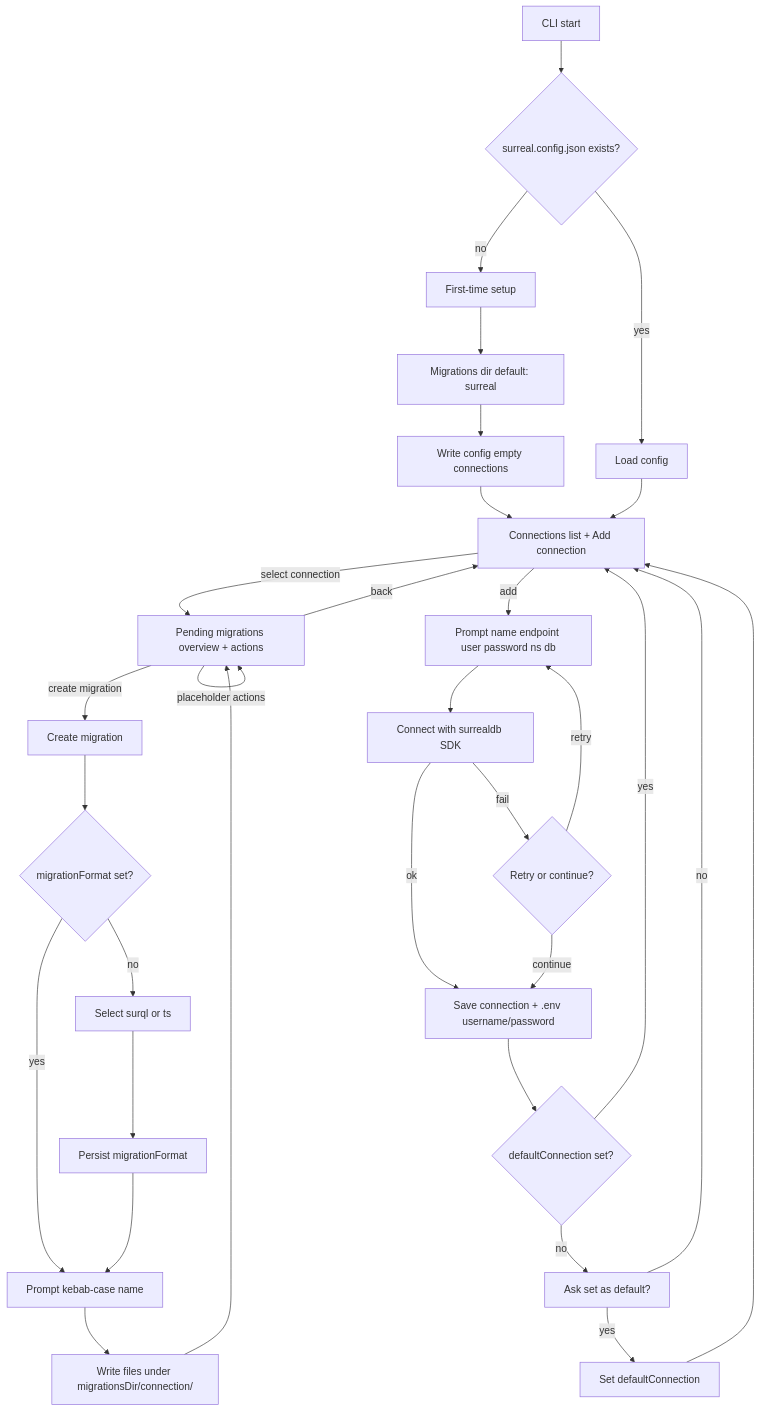
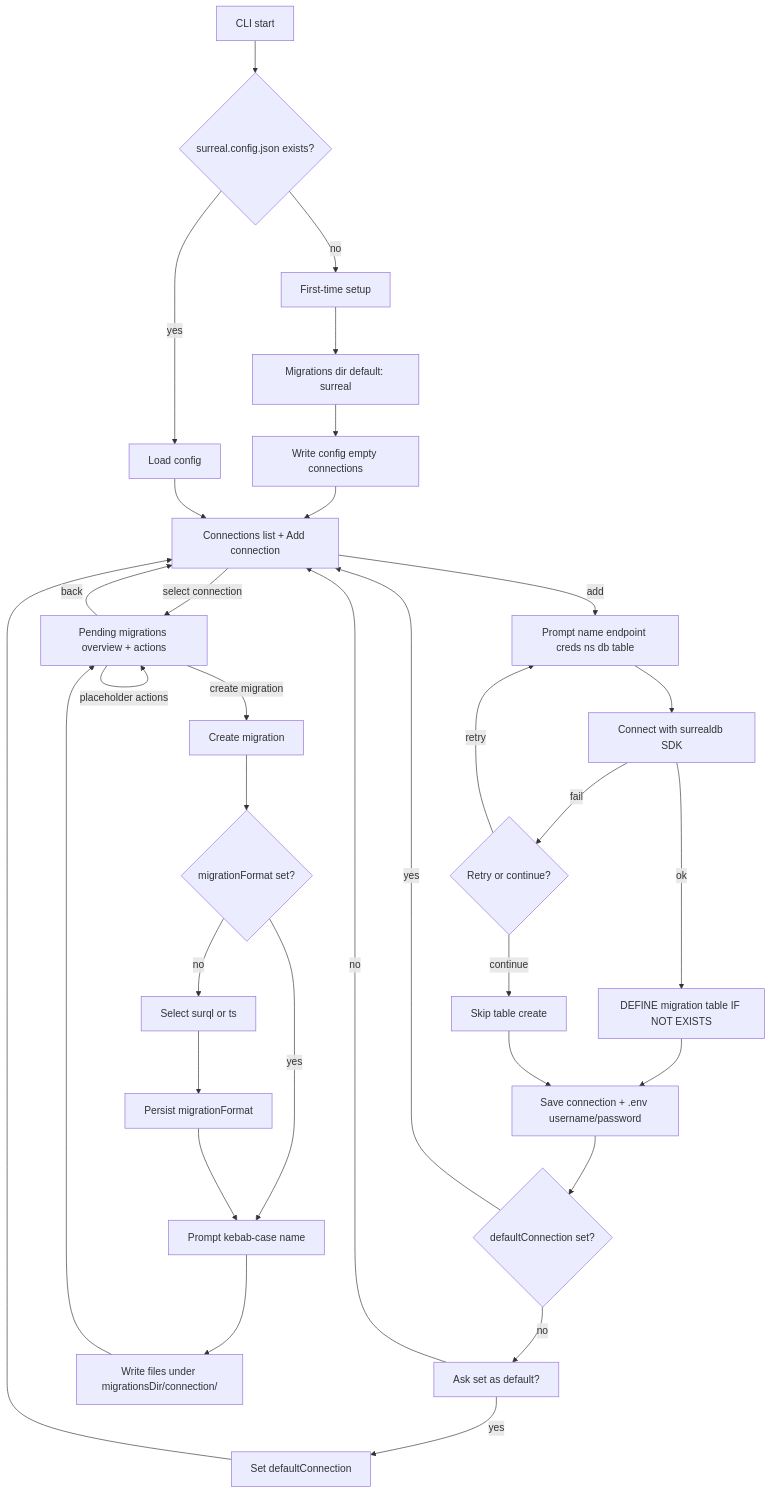
The diagram in docs/flow.md (sneakylenny/surreal-migrator), drawn with Mermaid before and after one commit. The commit also changed 5 other files, not shown here.

First line of the commit message:
feat: enhance connection management with migration table support

````diff
--- a/docs/flow.md
+++ b/docs/flow.md
@@ -3,33 +3,35 @@
 ```mermaid
 flowchart TD
   start[CLI start] --> hasConfig{surreal.config.json exists?}
   hasConfig -->|no| setup[First-time setup]
   setup --> pathPrompt["Migrations dir default: surreal"]
   pathPrompt --> saveConfig["Write config empty connections"]
   hasConfig -->|yes| loadConfig[Load config]
   saveConfig --> connectionsMenu
   loadConfig --> connectionsMenu[Connections list + Add connection]
   connectionsMenu -->|select connection| connectionMenu[Pending migrations overview + actions]
-  connectionsMenu -->|add| addConn["Prompt name endpoint user password ns db"]
+  connectionsMenu -->|add| addConn["Prompt name endpoint creds ns db table"]
   addConn --> verify[Connect with surrealdb SDK]
-  verify -->|ok| saveConn["Save connection + .env username/password"]
+  verify -->|ok| ensureTable["DEFINE migration table IF NOT EXISTS"]
   verify -->|fail| retryOrContinue{Retry or continue?}
   retryOrContinue -->|retry| addConn
-  retryOrContinue -->|continue| saveConn
+  retryOrContinue -->|continue| skipTable[Skip table create]
+  ensureTable --> saveConn["Save connection + .env username/password"]
+  skipTable --> saveConn
   saveConn --> hasDefault{defaultConnection set?}
   hasDefault -->|no| askDefault["Ask set as default?"]
   askDefault -->|yes| setDefault[Set defaultConnection]
   askDefault -->|no| connectionsMenu
   setDefault --> connectionsMenu
   hasDefault -->|yes| connectionsMenu
   connectionMenu -->|create migration| createMig[Create migration]
   createMig --> hasFormat{migrationFormat set?}
   hasFormat -->|no| pickFormat["Select surql or ts"]
   pickFormat --> saveFormat[Persist migrationFormat]
   hasFormat -->|yes| namePrompt
   saveFormat --> namePrompt["Prompt kebab-case name"]
   namePrompt --> writeFiles["Write files under migrationsDir/connection/"]
   writeFiles --> connectionMenu
   connectionMenu -->|placeholder actions| connectionMenu
   connectionMenu -->|back| connectionsMenu
 ```
````
